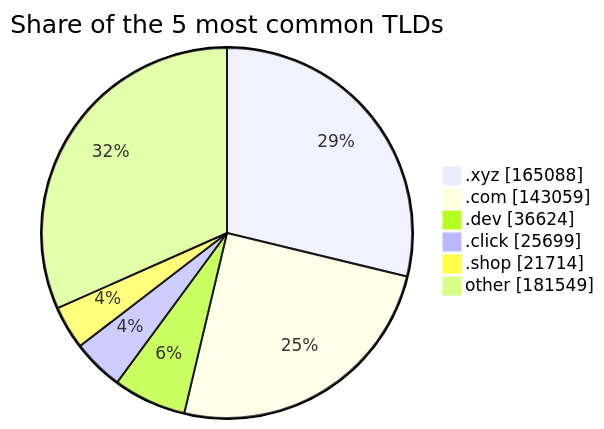
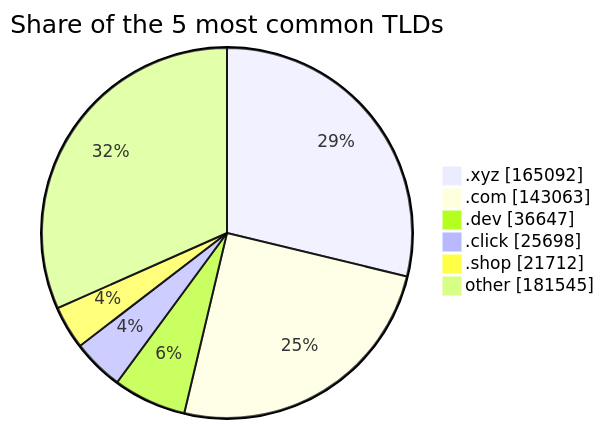
The third of 3 diagrams in README.md (DNSBunker/CTI), drawn with Mermaid before and after one commit. The commit also changed other lines of this file and 3 other files, not shown here.

````diff
--- a/README.md
+++ b/README.md
@@ -81,9 +81,9 @@
 ```mermaid
 pie showData title Share of the 5 most common TLDs
-    ".xyz" : 165088
-    ".com" : 143059
-    ".dev" : 36624
-    ".click" : 25699
-    ".shop" : 21714
-    "other" : 181549
+    ".xyz" : 165092
+    ".com" : 143063
+    ".dev" : 36647
+    ".click" : 25698
+    ".shop" : 21712
+    "other" : 181545
 ```
````
